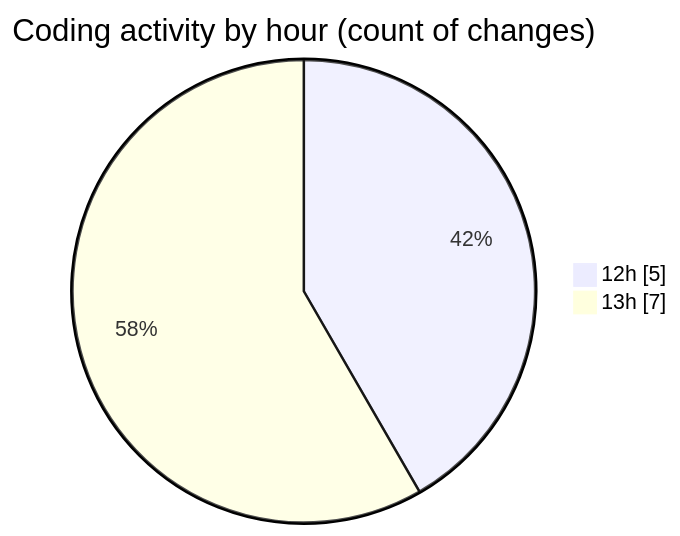
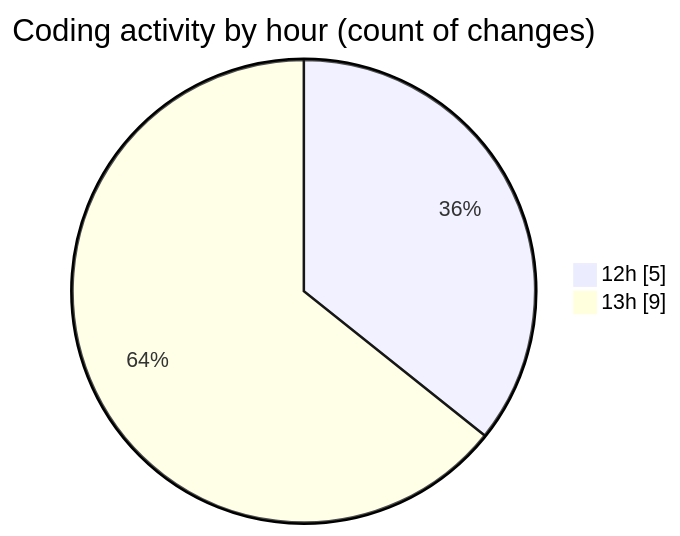
Before and after one commit to nxtqubesakshisongat/code-tracking: the second of 2 diagrams in 2026-04-17/airfeed-analytics-dashboard/README.md, drawn with Mermaid. The commit also changed other lines of this file and 1 other file, not shown here.

````diff
--- a/2026-04-17/airfeed-analytics-dashboard/README.md
+++ b/2026-04-17/airfeed-analytics-dashboard/README.md
@@ -31,6 +31,6 @@
 ```mermaid
 pie showData
 title Coding activity by hour (count of changes)
 "12h" : 5
-"13h" : 7
+"13h" : 9
 ```
````
